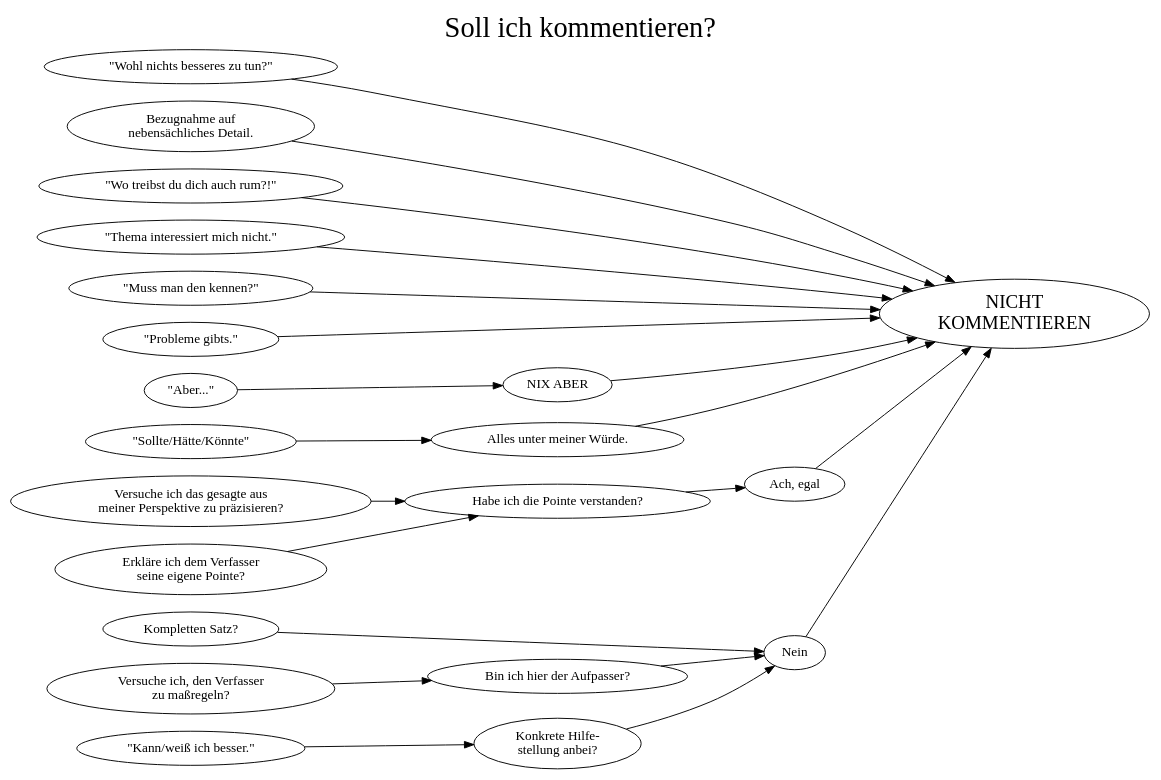
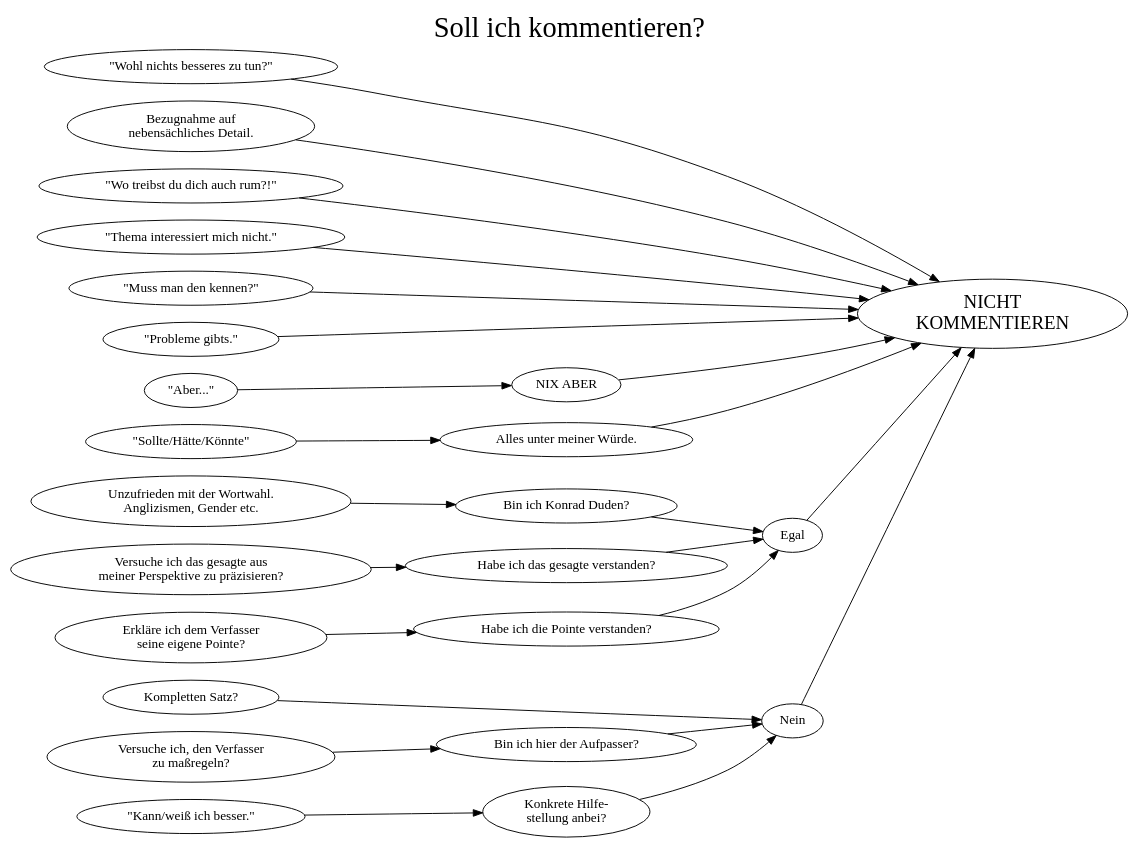
One commit to mschmitt/kommentieren changed the diagram in kommentieren.dot. Above: the diagram before and after it, drawn with Graphviz.

Commit message:
Bin ich Konrad Duden?

```diff
--- a/kommentieren.dot
+++ b/kommentieren.dot
@@ -1,65 +1,71 @@
 digraph foo {
 	labelloc="t";
 	rankdir="LR";
 	label="Soll ich kommentieren?";
 	fontsize="30pt";
 
 	// Replies
 	{ rank = same;
 	r01 [label="Kompletten Satz?"];
 	r02 [label="Versuche ich, den Verfasser\nzu maßregeln?"];
 	r03 [label="\"Wohl nichts besseres zu tun?\""];
 	r04 [label="\"Kann/weiß ich besser.\""];
 	r05 [label="Erkläre ich dem Verfasser\nseine eigene Pointe?"];
 	r06 [label="\"Sollte/Hätte/Könnte\""];
 	r07 [label="Bezugnahme auf\nnebensächliches Detail."];
 	r08 [label="\"Aber...\""];
 	r09 [label="\"Wo treibst du dich auch rum?!\""];
 	r10 [label="\"Thema interessiert mich nicht.\""];
 	r11 [label="Versuche ich das gesagte aus\nmeiner Perspektive zu präzisieren?"];
 	r12 [label="\"Muss man den kennen?\""];
 	r13 [label="\"Probleme gibts.\""];
+	r14 [label="Unzufrieden mit der Wortwahl.\nAnglizismen, Gender etc."];
 	};
 
 	// Intermediate Step 1
 	{ rank = same;
 	i01 [label="Konkrete Hilfe-\nstellung anbei?"];
 	i02 [label="NIX ABER"];
 	i03 [label="Habe ich die Pointe verstanden?"];
 	i04 [label="Bin ich hier der Aufpasser?"];
 	i05 [label="Alles unter meiner Würde."];
+	i06 [label="Bin ich Konrad Duden?"];
+	i07 [label="Habe ich das gesagte verstanden?"];
 	};
 
 	// Intermediate Step 2
 	{ rank = same;
 	j02 [label="Nein"];
-	j03 [label="Ach, egal"];
+	j03 [label="Egal"];
 	};
 
 	// Conclusions
 	{ rank = same;
 	cn [label="NICHT\nKOMMENTIEREN" fontsize=20];
 	};
 
 	// Relations
 	r01 -> j02;
 	r02 -> i04;
 	r03 -> cn;
 	r06 -> i05;
 	i05 -> cn;
 	r07 -> cn;
 	r04 -> i01;
 	r05 -> i03;
-	r11 -> i03;
+	r11 -> i07;
 	i01 -> j02;
 	i04 -> j02;
 	i02 -> cn;
 	r09 -> cn;
 	i03 -> j03;
 	j03 -> cn;
 	r10 -> cn;
 	r08 -> i02;
 	j02 -> cn;
 	r12 -> cn;
 	r13 -> cn;
+	r14 -> i06;
+	i06 -> j03;
+	i07 -> j03;
 }
```
